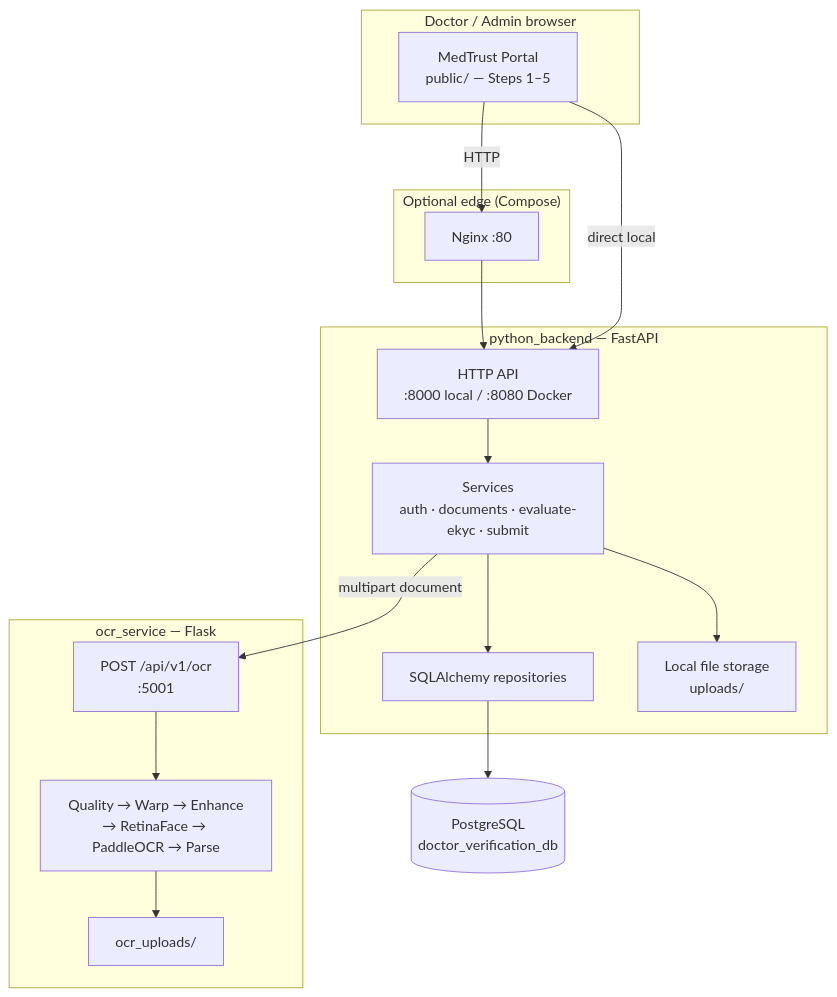
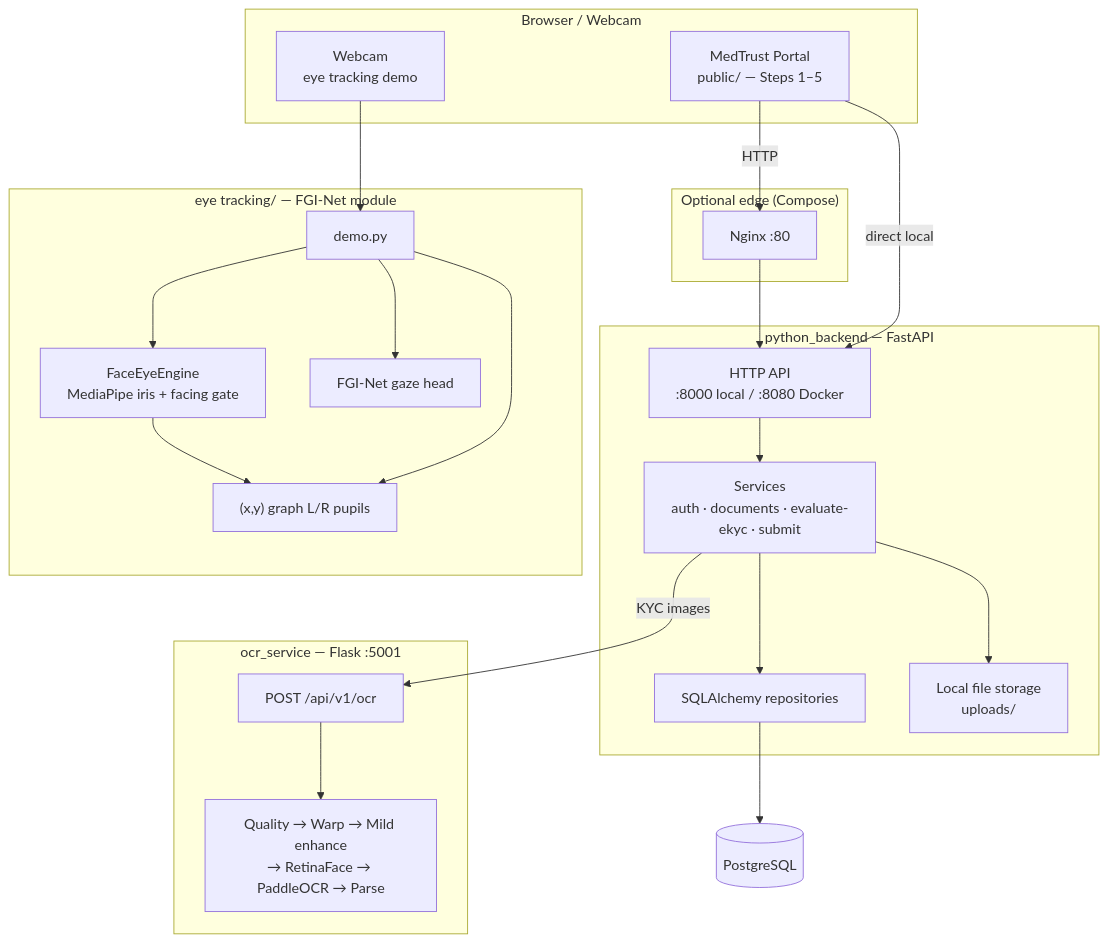
One commit to Saravanan2005real/zudoc-doctor-portal-EKYC changed the first of 5 diagrams in README.md. Above: the diagram before and after it, drawn with Mermaid. The commit also changed other lines of this file and 23 other files, not shown here.

First line of the commit message:
Add FGI-Net eye tracking module and refresh eKYC architecture docs.

````diff
--- a/README.md
+++ b/README.md
@@ -39,34 +41,47 @@
 ```mermaid
 flowchart TB
-  subgraph Client["Doctor / Admin browser"]
+  subgraph Client["Browser / Webcam"]
     UI["MedTrust Portal<br/>public/ — Steps 1–5"]
+    CAM["Webcam<br/>eye tracking demo"]
   end
 
   subgraph Edge["Optional edge (Compose)"]
     NGX["Nginx :80"]
   end
 
   subgraph Backend["python_backend — FastAPI"]
     API["HTTP API<br/>:8000 local / :8080 Docker"]
     SVC["Services<br/>auth · documents · evaluate-ekyc · submit"]
     REPO["SQLAlchemy repositories"]
     STORE["Local file storage<br/>uploads/"]
   end
 
-  subgraph OCR["ocr_service — Flask"]
-    OCRAPI["POST /api/v1/ocr<br/>:5001"]
-    PIPE["Quality → Warp → Enhance<br/>→ RetinaFace → PaddleOCR → Parse"]
-    FILES["ocr_uploads/"]
+  subgraph OCR["ocr_service — Flask :5001"]
+    OCRAPI["POST /api/v1/ocr"]
+    PIPE["Quality → Warp → Mild enhance<br/>→ RetinaFace → PaddleOCR → Parse"]
   end
 
-  PG[("PostgreSQL<br/>doctor_verification_db")]
+  subgraph EyeMod["eye tracking/ — FGI-Net module"]
+    DEMO["demo.py"]
+    ENG["FaceEyeEngine<br/>MediaPipe iris + facing gate"]
+    FGI["FGI-Net gaze head"]
+    PLOT["(x,y) graph L/R pupils"]
+  end
+
+  PG[("PostgreSQL")]
 
   UI -->|HTTP| NGX
   NGX --> API
   UI -->|direct local| API
   API --> SVC
   SVC --> REPO --> PG
   SVC --> STORE
-  SVC -->|"multipart document"| OCRAPI
-  OCRAPI --> PIPE --> FILES
+  SVC -->|"KYC images"| OCRAPI
+  OCRAPI --> PIPE
+
+  CAM --> DEMO
+  DEMO --> ENG
+  DEMO --> FGI
+  ENG --> PLOT
+  DEMO --> PLOT
 ```
````
